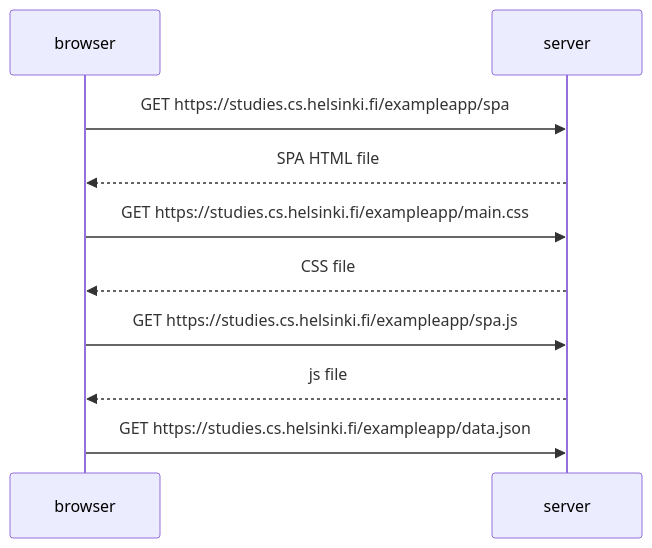
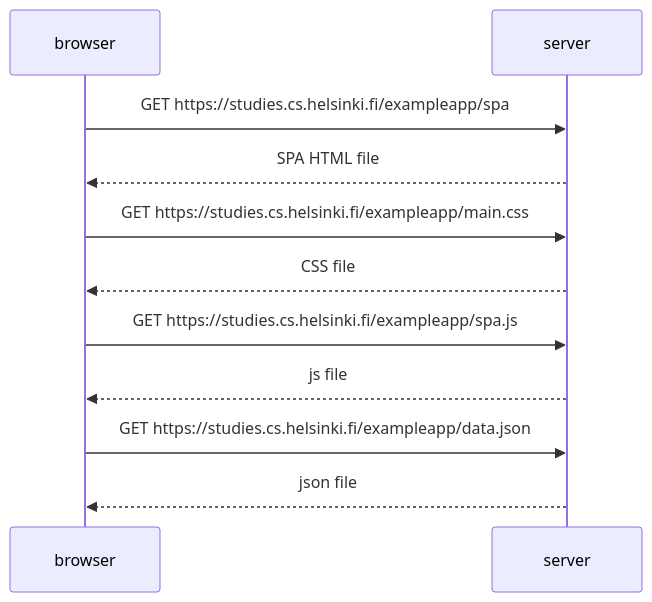
Before and after one commit to EngineKrieg/Fullstackopen: the diagram in part0/0.5exercise.md, drawn with Mermaid.

````diff
--- a/part0/0.5exercise.md
+++ b/part0/0.5exercise.md
@@ -1,10 +1,11 @@
 ```mermaid
 sequenceDiagram
   browser->>server: GET https://studies.cs.helsinki.fi/exampleapp/spa
   server-->>browser: SPA HTML file
   browser->>server: GET https://studies.cs.helsinki.fi/exampleapp/main.css
   server-->>browser: CSS file
   browser->>server: GET https://studies.cs.helsinki.fi/exampleapp/spa.js 
   server-->>browser: js file
   browser->>server: GET https://studies.cs.helsinki.fi/exampleapp/data.json
+  server-->>browser: json file
 ```
````
